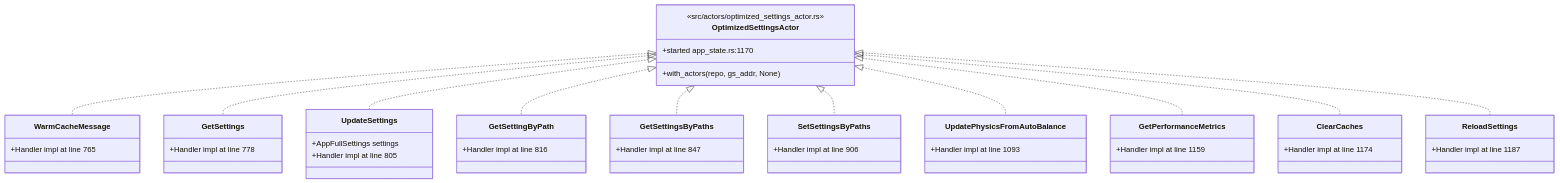
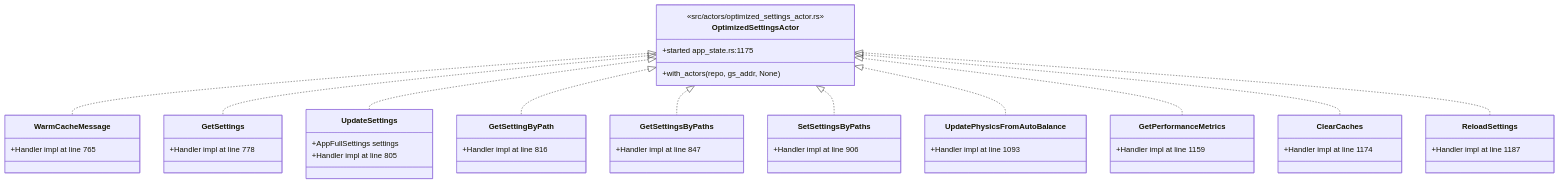
Before and after one commit to DreamLab-AI/AR-AI-Knowledge-Graph: the fifth of 10 diagrams in docs/diagrams/visionclaw/06-settings-round-trip.md, drawn with Mermaid. The commit also changed other lines of this file and 73 other files, not shown here.

First line of the commit message:
docs(diagrams): re-verify all 71 topic files against HEAD; add --cite-check

````diff
--- a/docs/diagrams/visionclaw/06-settings-round-trip.md
+++ b/docs/diagrams/visionclaw/06-settings-round-trip.md
@@ -163,49 +163,49 @@
 ```mermaid
 classDiagram
     class OptimizedSettingsActor {
       <<src/actors/optimized_settings_actor.rs>>
-      +started app_state.rs:1170
+      +started app_state.rs:1175
       +with_actors(repo, gs_addr, None)
     }
     class WarmCacheMessage {
       +Handler impl at line 765
     }
     class GetSettings {
       +Handler impl at line 778
     }
     class UpdateSettings {
       +AppFullSettings settings
       +Handler impl at line 805
     }
     class GetSettingByPath {
       +Handler impl at line 816
     }
     class GetSettingsByPaths {
       +Handler impl at line 847
     }
     class SetSettingsByPaths {
       +Handler impl at line 906
     }
     class UpdatePhysicsFromAutoBalance {
       +Handler impl at line 1093
     }
     class GetPerformanceMetrics {
       +Handler impl at line 1159
     }
     class ClearCaches {
       +Handler impl at line 1174
     }
     class ReloadSettings {
       +Handler impl at line 1187
     }
     OptimizedSettingsActor <|.. WarmCacheMessage
     OptimizedSettingsActor <|.. GetSettings
     OptimizedSettingsActor <|.. UpdateSettings
     OptimizedSettingsActor <|.. GetSettingByPath
     OptimizedSettingsActor <|.. GetSettingsByPaths
     OptimizedSettingsActor <|.. SetSettingsByPaths
     OptimizedSettingsActor <|.. UpdatePhysicsFromAutoBalance
     OptimizedSettingsActor <|.. GetPerformanceMetrics
     OptimizedSettingsActor <|.. ClearCaches
     OptimizedSettingsActor <|.. ReloadSettings
 ```
````
